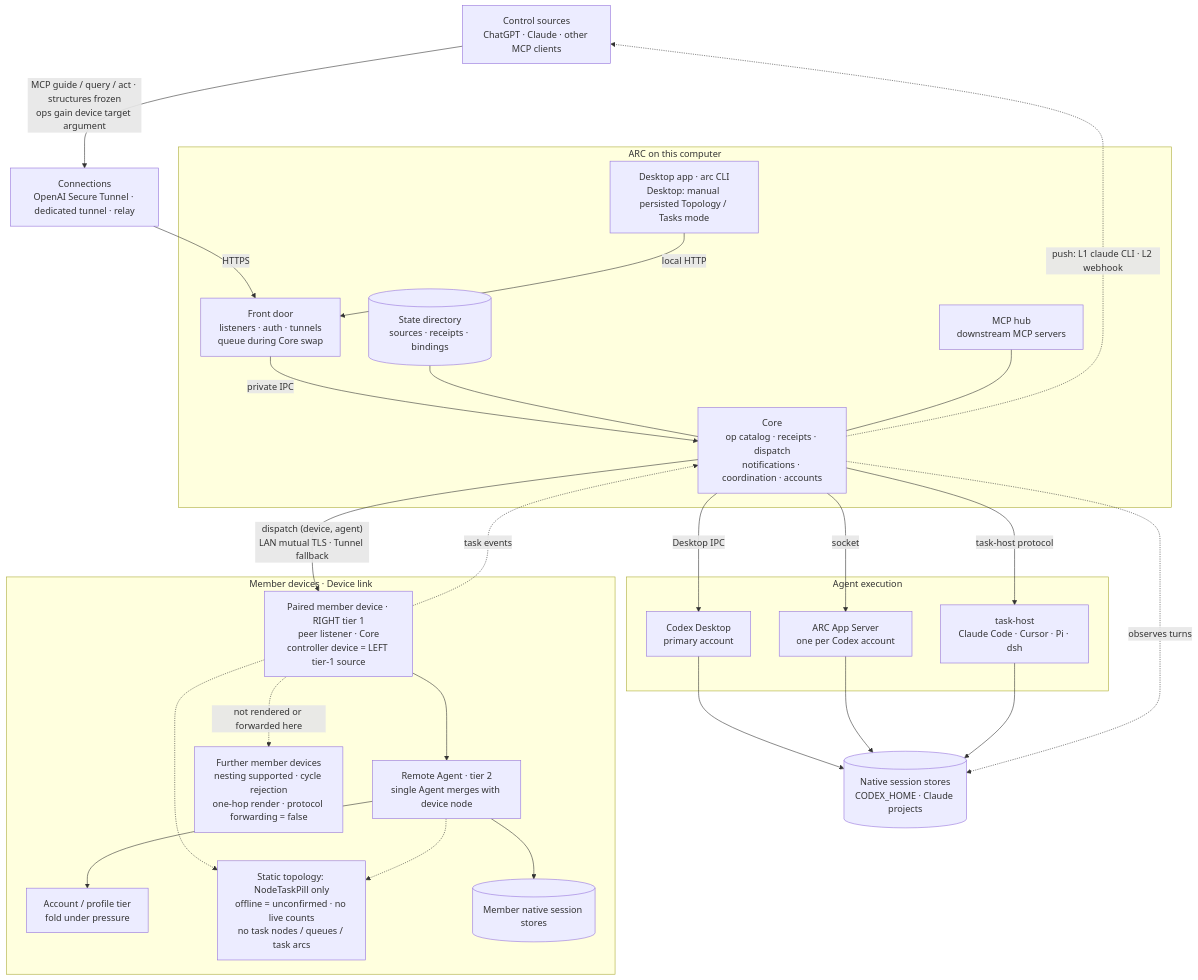
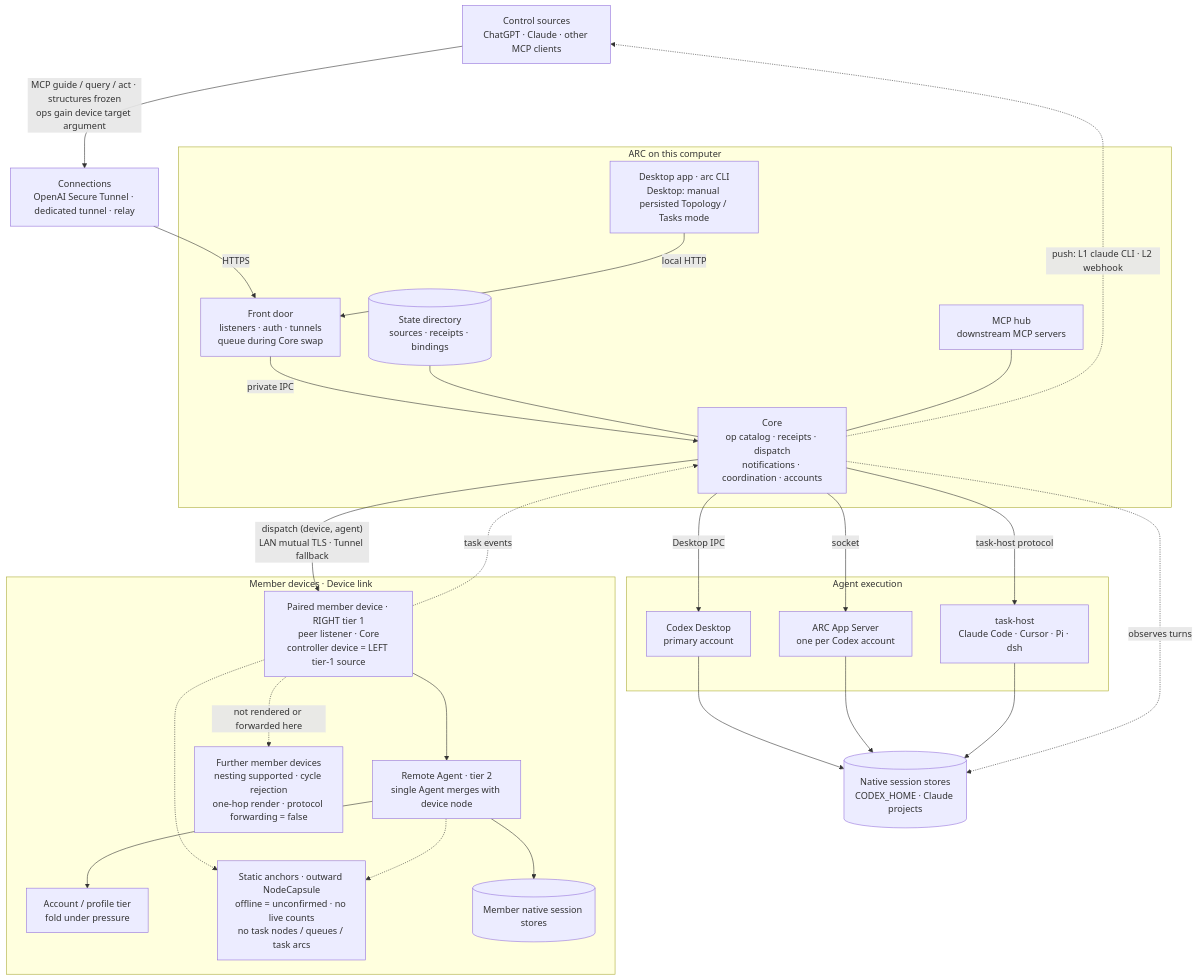
One commit to whzxc/agent-remote-control changed the diagram in arch/system-map.mmd. Above: the diagram before and after it, drawn with Mermaid. The commit also changed 15 other files, not shown here.

Commit message:
docs(design): morph topology nodes into working capsules

```diff
--- a/arch/system-map.mmd
+++ b/arch/system-map.mmd
@@ -1,49 +1,49 @@
 %% ARC system map (layer 0): processes, external parties and how they connect.
 %% Index and code mapping: docs/dev/arch-assets.md
 flowchart TB
   src["Control sources<br/>ChatGPT · Claude · other MCP clients"]
   net["Connections<br/>OpenAI Secure Tunnel · dedicated tunnel · relay"]
   subgraph HOST["ARC on this computer"]
     local["Desktop app · arc CLI<br/>Desktop: manual persisted Topology / Tasks mode"]
     fd["Front door<br/>listeners · auth · tunnels<br/>queue during Core swap"]
     state[("State directory<br/>sources · receipts · bindings")]
     hub["MCP hub<br/>downstream MCP servers"]
     core["Core<br/>op catalog · receipts · dispatch<br/>notifications · coordination · accounts"]
   end
   subgraph EXEC["Agent execution"]
     codexd["Codex Desktop<br/>primary account"]
     appsrv["ARC App Server<br/>one per Codex account"]
     taskhost["task-host<br/>Claude Code · Cursor · Pi · dsh"]
   end
   native[("Native session stores<br/>CODEX_HOME · Claude projects")]
   subgraph MEMBERS["Member devices · Device link"]
     member["Paired member device · RIGHT tier 1<br/>peer listener · Core<br/>controller device = LEFT tier-1 source"]
     magent["Remote Agent · tier 2<br/>single Agent merges with device node"]
     maccount["Account / profile tier<br/>fold under pressure"]
-    mstates["Static topology: NodeTaskPill only<br/>offline = unconfirmed · no live counts<br/>no task nodes / queues / task arcs"]
+    mstates["Static anchors · outward NodeCapsule<br/>offline = unconfirmed · no live counts<br/>no task nodes / queues / task arcs"]
     mnative[("Member native session stores")]
     descendant["Further member devices<br/>nesting supported · cycle rejection<br/>one-hop render · protocol forwarding = false"]
   end
   src -->|"MCP guide / query / act · structures frozen<br/>ops gain device target argument"| net
   net -->|"HTTPS"| fd
   local -->|"local HTTP"| fd
   fd -->|"private IPC"| core
   state --- core
   hub --- core
   core -->|"Desktop IPC"| codexd
   core -->|"socket"| appsrv
   core -->|"task-host protocol"| taskhost
   codexd --> native
   appsrv --> native
   taskhost --> native
   core -.->|"observes turns"| native
   core -.->|"push: L1 claude CLI · L2 webhook"| src
   core -->|"dispatch (device, agent)<br/>LAN mutual TLS · Tunnel fallback"| member
   member -.->|"task events"| core
   member --> magent --> maccount
   member -.-> mstates
   magent -.-> mstates
   magent --> mnative
   member -.->|"not rendered or forwarded here"| descendant
   class hub experimental
   class member,magent,maccount,mstates,descendant experimental
```
